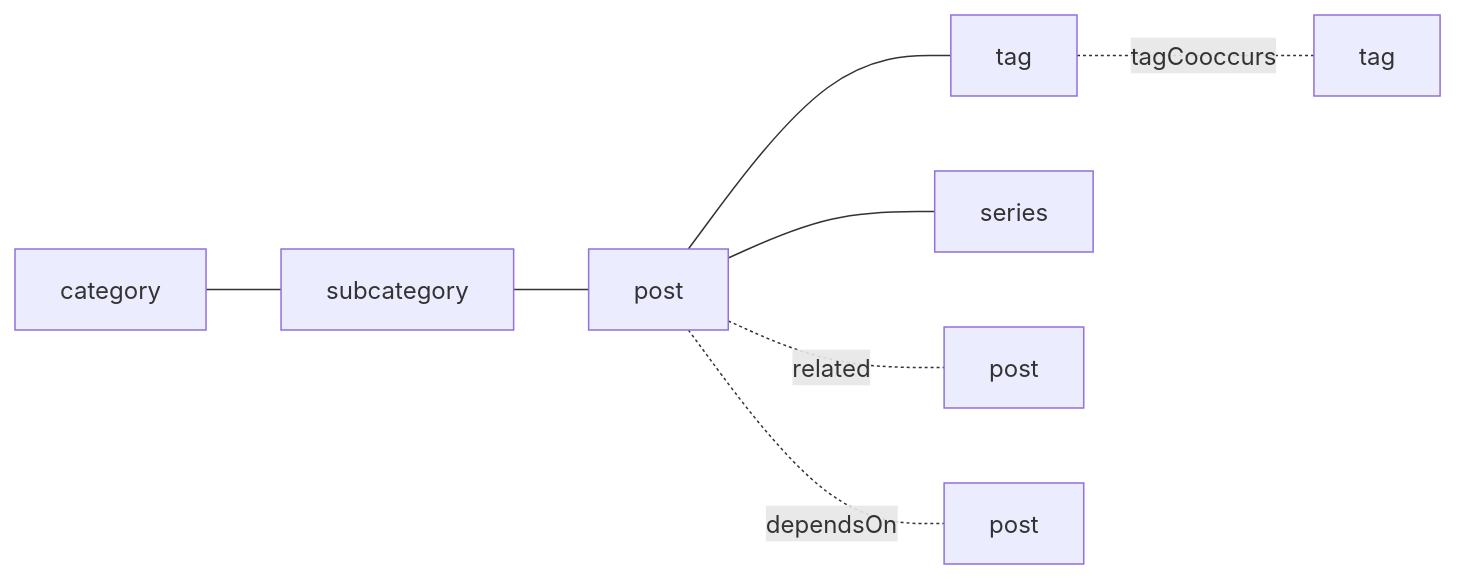
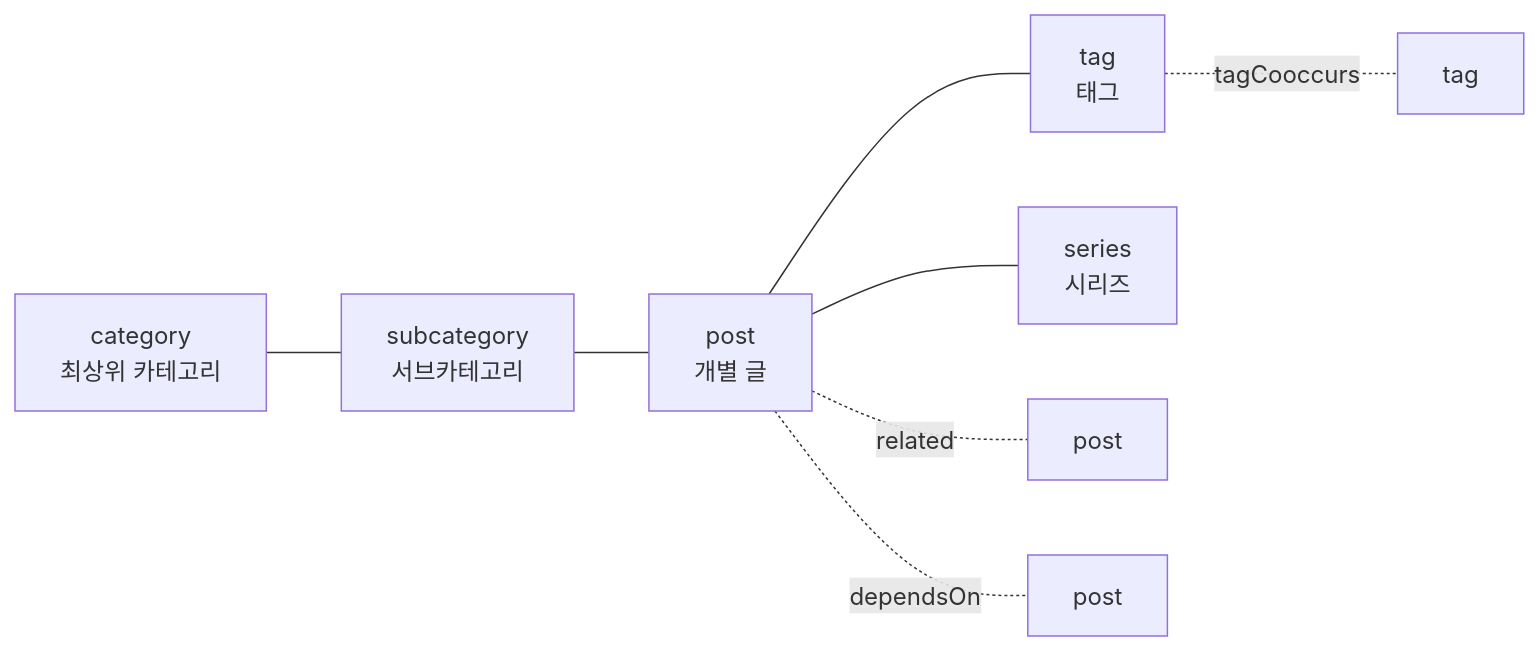
The second of 2 diagrams in docs/full-stack/poc/knowledge-graph.md (SonAIengine/sonblog), drawn with Mermaid before and after one commit. The commit also changed 1 other file, not shown here.

Commit message:
fix: 온톨로지 다이어그램 노드 설명 복원 — 색상만 제거, 디테일은 유지

````diff
--- a/docs/full-stack/poc/knowledge-graph.md
+++ b/docs/full-stack/poc/knowledge-graph.md
@@ -69,10 +69,10 @@
 ```mermaid
 graph LR
-    CAT[category] --- SUBCAT[subcategory]
-    SUBCAT --- POST[post]
-    POST --- TAG[tag]
-    POST --- SERIES[series]
-    TAG -.-|tagCooccurs| TAG2[tag]
-    POST -.-|related| POST2[post]
-    POST -.-|dependsOn| POST3[post]
+    CAT["category<br/>최상위 카테고리"] --- SUBCAT["subcategory<br/>서브카테고리"]
+    SUBCAT --- POST["post<br/>개별 글"]
+    POST --- TAG["tag<br/>태그"]
+    POST --- SERIES["series<br/>시리즈"]
+    TAG -.-|"tagCooccurs"| TAG2["tag"]
+    POST -.-|"related"| POST2["post"]
+    POST -.-|"dependsOn"| POST3["post"]
 ```
````
